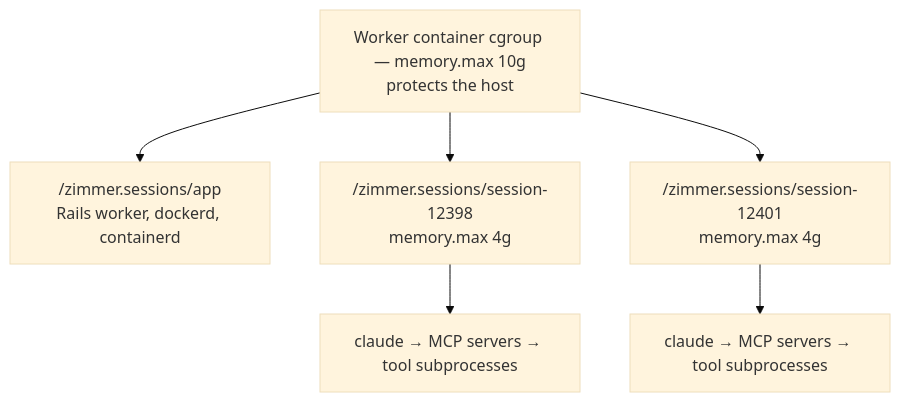
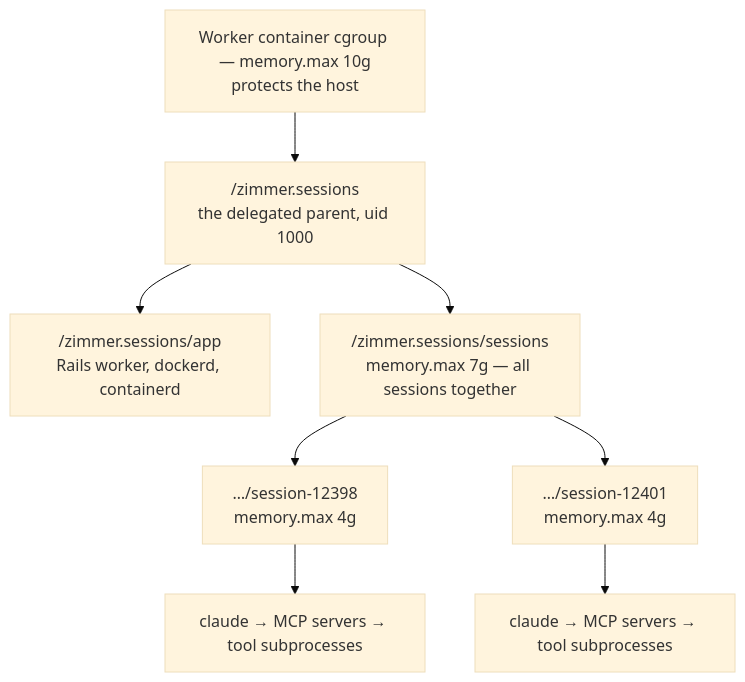
One commit to tadasant/zimmer changed the first of 2 diagrams in docs/src/content/docs/sessions/spawning.md. Above: the diagram before and after it, drawn with Mermaid (base theme). The commit also changed other lines of this file and 18 other files, not shown here.

````diff
--- a/docs/src/content/docs/sessions/spawning.md
+++ b/docs/src/content/docs/sessions/spawning.md
@@ -332,9 +332,11 @@
 ```mermaid
 flowchart TD
   host["Worker container cgroup — memory.max 10g<br/>protects the host"]
-  host --> app["/zimmer.sessions/app<br/>Rails worker, dockerd, containerd"]
-  host --> s1["/zimmer.sessions/session-12398<br/>memory.max 4g"]
-  host --> s2["/zimmer.sessions/session-12401<br/>memory.max 4g"]
+  host --> parent["/zimmer.sessions<br/>the delegated parent, uid 1000"]
+  parent --> app["/zimmer.sessions/app<br/>Rails worker, dockerd, containerd"]
+  parent --> pool["/zimmer.sessions/sessions<br/>memory.max 7g — all sessions together"]
+  pool --> s1["…/session-12398<br/>memory.max 4g"]
+  pool --> s2["…/session-12401<br/>memory.max 4g"]
   s1 --> a1["claude → MCP servers → tool subprocesses"]
   s2 --> a2["claude → MCP servers → tool subprocesses"]
 ```
````
